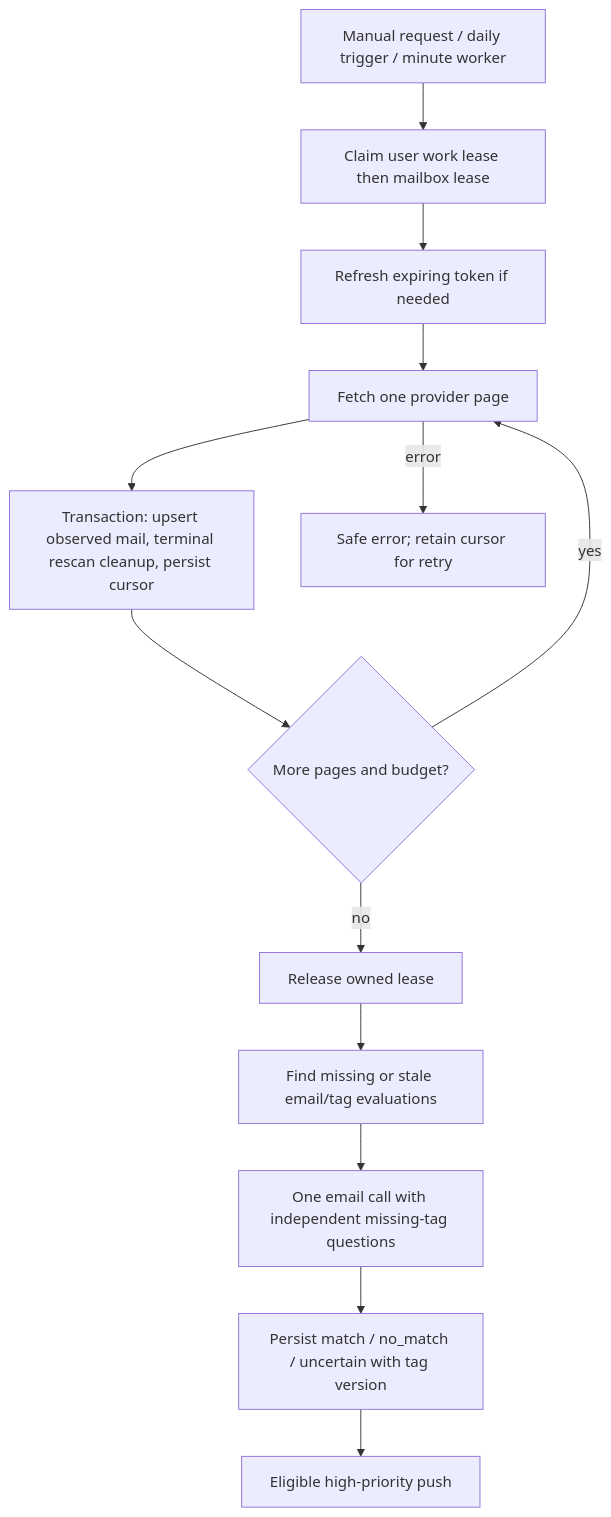
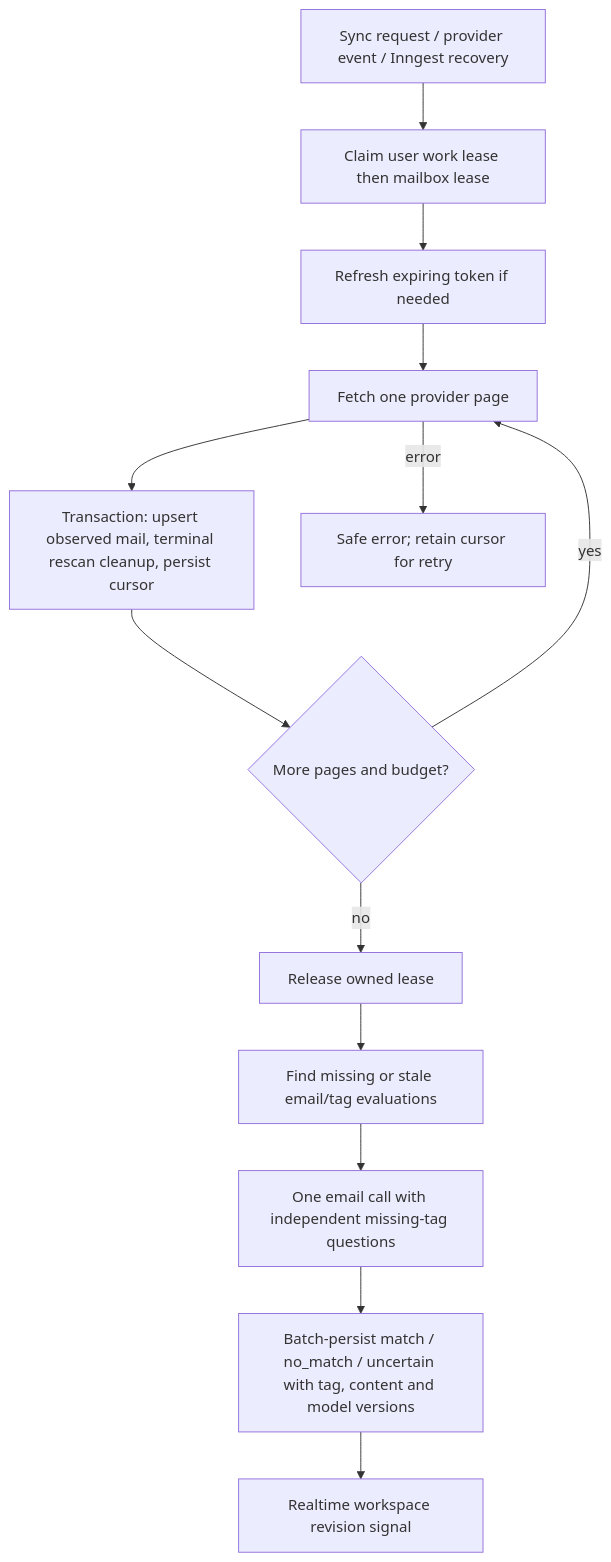
One commit to Solomon-mithra/evailbox changed the third of 3 diagrams in docs/engineering/ENGINEERING.md. Above: the diagram before and after it, drawn with Mermaid. The commit also changed other lines of this file and 8 other files, not shown here.

````diff
--- a/docs/engineering/ENGINEERING.md
+++ b/docs/engineering/ENGINEERING.md
@@ -59,15 +63,15 @@
 ```mermaid
 flowchart TD
-  A[Manual request / daily trigger / minute worker] --> B[Claim user work lease then mailbox lease]
+  A[Sync request / provider event / Inngest recovery] --> B[Claim user work lease then mailbox lease]
   B --> C[Refresh expiring token if needed]
   C --> D[Fetch one provider page]
   D --> E[Transaction: upsert observed mail, terminal rescan cleanup, persist cursor]
   E --> F{More pages and budget?}
   F -->|yes| D
   F -->|no| G[Release owned lease]
   G --> H[Find missing or stale email/tag evaluations]
   H --> I[One email call with independent missing-tag questions]
-  I --> J[Persist match / no_match / uncertain with tag version]
-  J --> K[Eligible high-priority push]
+  I --> J[Batch-persist match / no_match / uncertain with tag, content and model versions]
+  J --> K[Realtime workspace revision signal]
   D -->|error| L[Safe error; retain cursor for retry]
 ```
````
